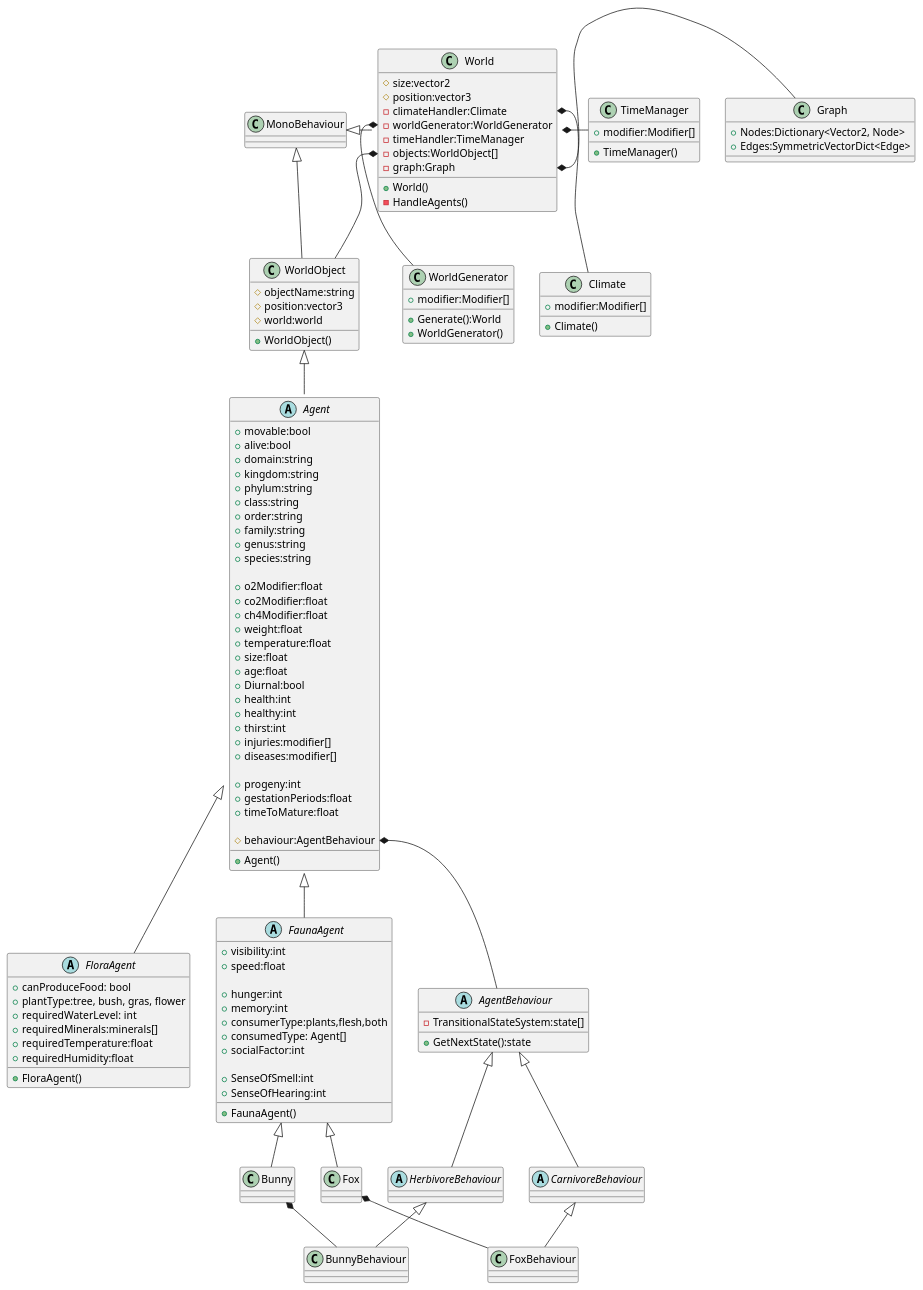
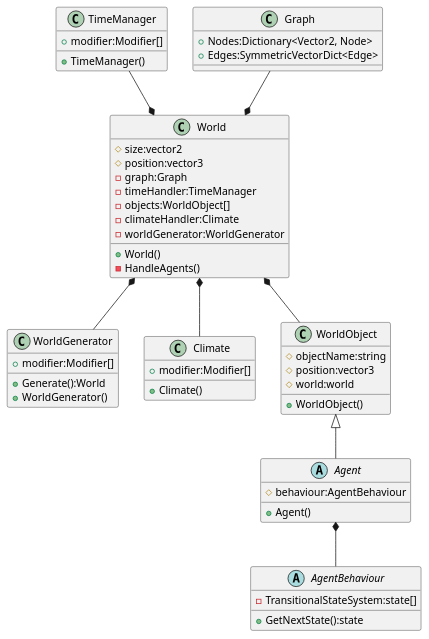
The diagram in Simlation/Assets/Doc/class.puml (poetter-sebastian/Simulation), drawn with PlantUML before and after one commit. The commit also changed 41 other files, not shown here.

```diff
--- a/Simlation/Assets/Doc/class.puml
+++ b/Simlation/Assets/Doc/class.puml
@@ -1,154 +1,68 @@
 @startuml
-	class Climate {
-		+modifier:Modifier[]
-		
-		+Climate()
-	}
-
+    class Graph {
+        +Nodes:Dictionary<Vector2, Node>
+        +Edges:SymmetricVectorDict<Edge>
+    }
+    
 	class WorldGenerator {
 	    +modifier:Modifier[]
 	
 		+Generate():World
 		+WorldGenerator()
 	}
 	
 	class TimeManager {
 		+modifier:Modifier[]
 		
 		+TimeManager()
 	}
 	
+    class Climate {
+        +modifier:Modifier[]
+        
+        +Climate()
+    }
+	
     class World {
         #size:vector2
         #position:vector3
+        -graph:Graph
+        -timeHandler:TimeManager
+        -objects:WorldObject[]
         -climateHandler:Climate
         -worldGenerator:WorldGenerator
-        -timeHandler:TimeManager
-        -objects:WorldObject[]
-        -graph:Graph
-        
         +World()
         -HandleAgents()
-    }
-    
-    class Graph {
-        +Nodes:Dictionary<Vector2, Node>
-        +Edges:SymmetricVectorDict<Edge>
     }
 	
 	class WorldObject {
 		#objectName:string
 		#position:vector3
 		#world:world
-		
+
 		+WorldObject()
 	}
 	
 	
 	Abstract class Agent {
-        +movable:bool
-        +alive:bool
-        +domain:string
-        +kingdom:string
-        +phylum:string
-        +class:string
-        +order:string
-        +family:string
-        +genus:string
-        +species:string
-        
-        +o2Modifier:float
-        +co2Modifier:float
-        +ch4Modifier:float
-        +weight:float
-        +temperature:float
-        +size:float
-        +age:float
-        +Diurnal:bool
-        +health:int
-        +healthy:int
-        +thirst:int
-        +injuries:modifier[]
-        +diseases:modifier[]
-        
-        +progeny:int
-        +gestationPeriods:float
-        +timeToMature:float
-        
         #behaviour:AgentBehaviour
         
         +Agent()
     }
 
 	Abstract class AgentBehaviour {
 		-TransitionalStateSystem:state[]
 		
 		+GetNextState():state
 	}
+    
+    World *-up- Graph
 	
-	Abstract class FloraAgent {
-	    +canProduceFood: bool
-	    +plantType:tree, bush, gras, flower
-	    +requiredWaterLevel: int
-	    +requiredMinerals:minerals[]
-	    +requiredTemperature:float
-	    +requiredHumidity:float
-	     
-		+FloraAgent()
-	}
-	
-    Abstract class FaunaAgent {
-        +visibility:int
-        +speed:float
-        
-        +hunger:int
-        +memory:int
-        +consumerType:plants,flesh,both
-        +consumedType: Agent[]
-        +socialFactor:int
-        
-        +SenseOfSmell:int
-        +SenseOfHearing:int
-    
-        +FaunaAgent()
-    }
-    
-    Abstract class HerbivoreBehaviour {
-    
-    }
-    
-    Abstract class CarnivoreBehaviour {
-        
-    }
-    
-    World::graph *- Graph
-	
-	World::objects *- WorldObject
-	World::timeManager *- TimeManager
-	World::worldGenerator *-- WorldGenerator
-	World::climate *-- Climate
-	
-	MonoBehaviour <|-- WorldObject
-	MonoBehaviour <|- World
+	World *-down- WorldObject
+	World *-up- TimeManager
+	World *-- WorldGenerator
+	World *-- Climate
+	Agent *-- AgentBehaviour
 	
 	WorldObject <|-- Agent
-	
-	Agent <|-- FloraAgent
-	Agent::behaviour *-- AgentBehaviour
-	
-	AgentBehaviour <|-- HerbivoreBehaviour
-	AgentBehaviour <|-- CarnivoreBehaviour
-	
-	HerbivoreBehaviour <|-- BunnyBehaviour
-	CarnivoreBehaviour <|-- FoxBehaviour
-	
-	Agent <|-- FaunaAgent
-	
-	FaunaAgent <|-- Bunny
-	FaunaAgent <|-- Fox
-	
-	Fox *-- FoxBehaviour
-	
-	Bunny *-- BunnyBehaviour
-	
 @enduml
```
